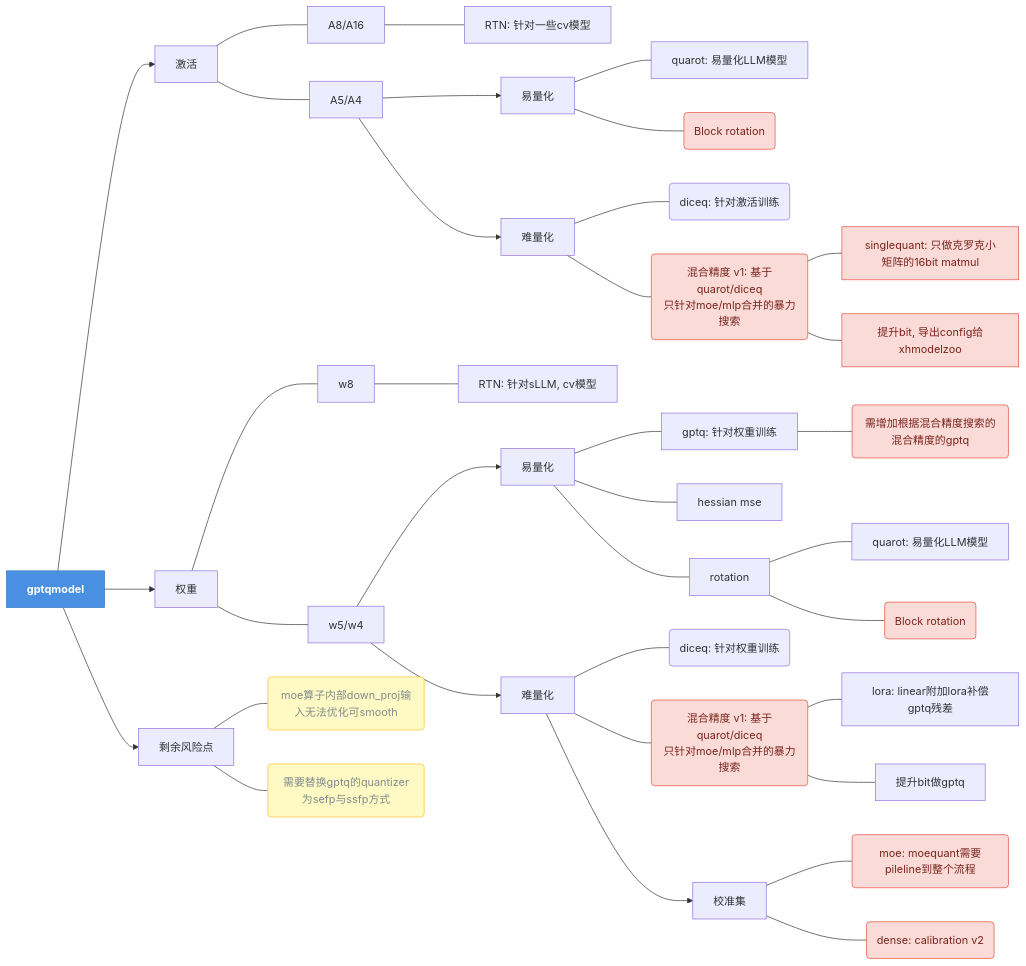
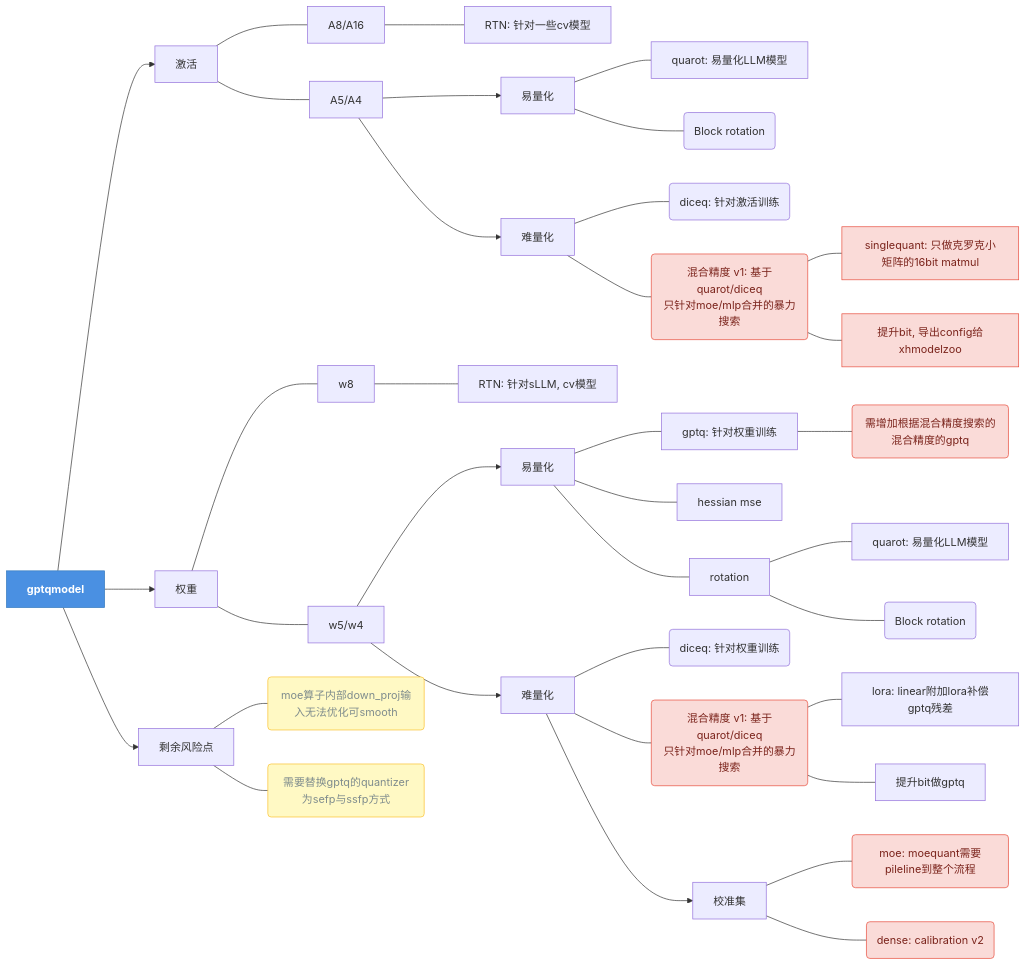
One commit to houmo-ai/postmo-gptqmodel changed the second of 2 diagrams in README_XH.md. Above: the diagram before and after it, drawn with Mermaid. The commit also changed other lines of this file, not shown here.

````diff
--- a/README_XH.md
+++ b/README_XH.md
@@ -49,55 +49,55 @@
 ```Mermaid 
 graph LR
     %% 定义样式
     classDef main fill:#4A90E2,stroke:#357ABD,color:white,font-weight:bold;
     classDef unfinished fill:#FADBD8,stroke:#E74C3C,color:#7B241C;
     classDef risk fill:#FFF9C4,stroke:#FBC02D,color:#7F8C8D;
 
     %% --- gptqmodel 逻辑树 ---
     Root[gptqmodel]:::main
     
     %% 激活分支
     Root --> Activation[激活]
     Activation --- A8[A8/A16]
     A8 --- RTN1[RTN: 针对一些cv模型]
     
     Activation --- A5[A5/A4]
     A5 --> A_Easy[易量化]
     A_Easy --- Quaro1[quarot: 易量化LLM模型]
-    A_Easy --- BR1(Block rotation):::unfinished
+    A_Easy --- BR1(Block rotation)
     
     A5 --> A_Hard[难量化]
     A_Hard --- Diceq1(diceq: 针对激活训练)
     A_Hard --- Mixed1(混合精度 v1: 基于quarot/diceq<br/>只针对moe/mlp合并的暴力搜索):::unfinished
     Mixed1 --- SQ1[singlequant: 只做克罗克小矩阵的16bit matmul]:::unfinished
     Mixed1 --- Bit1[提升bit, 导出config给xhmodelzoo]:::unfinished
 
     %% 权重分支
     Root --> Weights[权重]
     Weights --- W8[w8]
     W8 --- RTN2[RTN: 针对sLLM, cv模型]
     
     Weights --- W5[w5/w4]
     W5 --> W_Easy[易量化]
     W_Easy --- GPTQ2[gptq: 针对权重训练]
     GPTQ2 --- Mixed3(需增加根据混合精度搜索的混合精度的gptq):::unfinished
     W_Easy --- Hessian[hessian mse]
     W_Easy --- Rot2[rotation]
     Rot2 --- Quaro2[quarot: 易量化LLM模型]
-    Rot2 --- BR2(Block rotation):::unfinished
+    Rot2 --- BR2(Block rotation)
     
     W5 --> W_Hard[难量化]
     W_Hard --- Diceq2(diceq: 针对权重训练)
     W_Hard --- Mixed2(混合精度 v1: 基于quarot/diceq<br/>只针对moe/mlp合并的暴力搜索):::unfinished
     Mixed2 --- Lora[lora: linear附加lora补偿gptq残差]
     Mixed2 --- Bit2[提升bit做gptq]
     
     W_Hard --> Calib[校准集]
     Calib --- MoeQ(moe: moequant需要pileline到整个流程):::unfinished
     Calib --- DenseQ(dense: calibration v2):::unfinished
 
     %% 风险点
     Root --> Risks[剩余风险点]
     Risks --- R1(moe算子内部down_proj输入无法优化可smooth):::risk
     Risks --- R2(需要替换gptq的quantizer为sefp与ssfp方式):::risk
 ```
````
